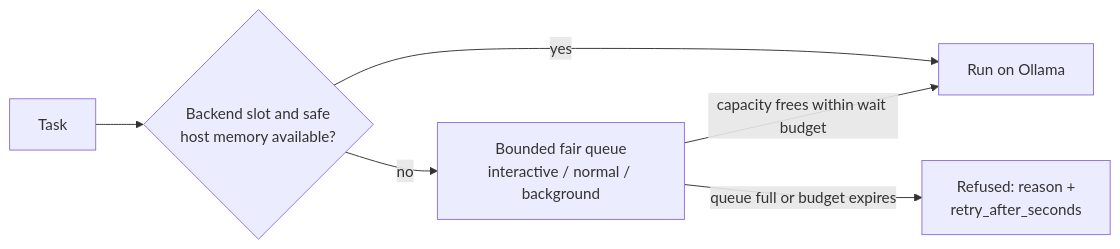
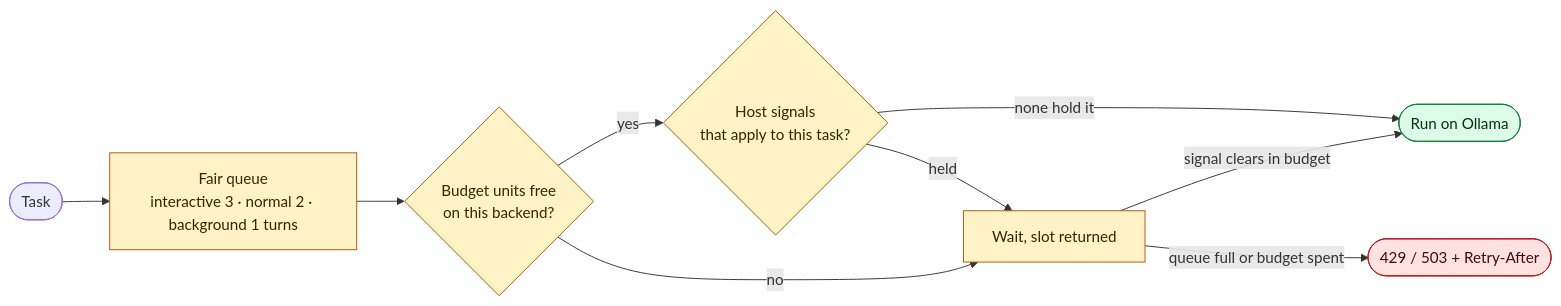
One commit to bgauryy/FreeLlama changed the fifth of 6 diagrams in README.md. Above: the diagram before and after it, drawn with Mermaid. The commit also changed other lines of this file and 454 other files, not shown here.

First line of the commit message:
Update flow (#11)

````diff
--- a/README.md
+++ b/README.md
@@ -164,8 +205,18 @@
 ```mermaid
 flowchart LR
-    Req["Task"] --> Cap{"Backend slot and safe<br/>host memory available?"}
-    Cap -->|yes| Run["Run on Ollama"]
-    Cap -->|no| Queue["Bounded fair queue<br/>interactive / normal / background"]
-    Queue -->|"capacity frees within wait budget"| Run
-    Queue -->|"queue full or budget expires"| Refuse["Refused: reason +<br/>retry_after_seconds"]
+    Req(["Task"]) --> Q["Fair queue<br/>interactive 3 · normal 2 · background 1 turns"]
+    Q --> Slot{"Budget units free<br/>on this backend?"}
+    Slot -->|yes| Sig{"Host signals<br/>that apply to this task?"}
+    Sig -->|"none hold it"| Run(["Run on Ollama"])
+    Sig -->|"held"| Wait["Wait, slot returned"]
+    Wait -->|"signal clears in budget"| Run
+    Slot -->|"no"| Wait
+    Wait -->|"queue full or budget spent"| Refuse(["429 / 503 + Retry-After"])
+
+    classDef queue fill:#fef3c7,stroke:#b45309,color:#3b2203
+    classDef run fill:#dcfce7,stroke:#15803d,color:#052e16
+    classDef refuse fill:#fee2e2,stroke:#b91c1c,color:#450a0a
+    class Q,Slot,Sig,Wait queue
+    class Run run
+    class Refuse refuse
 ```
````
